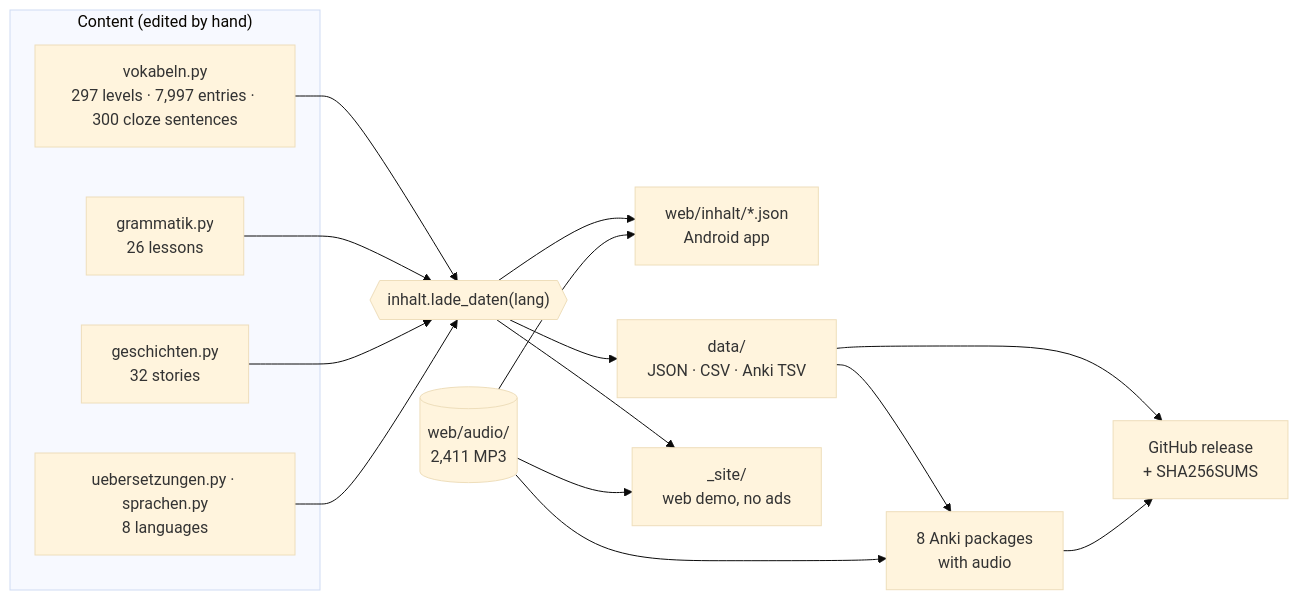
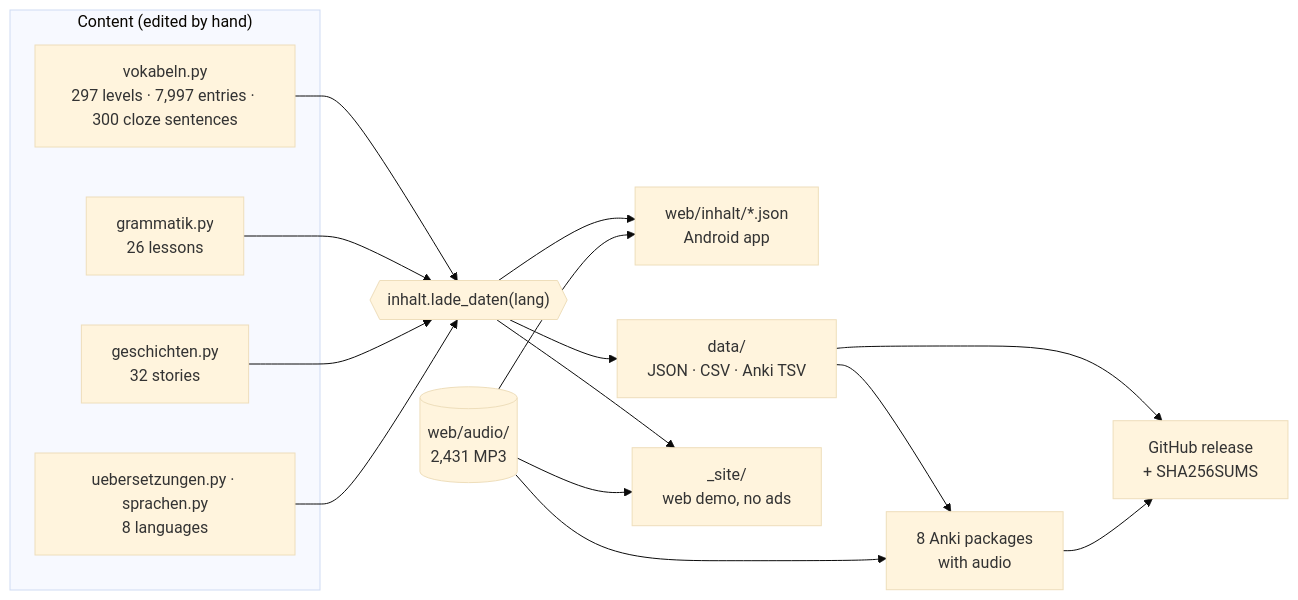
Before and after one commit to zmaj-lernapp/zmaj: the first of 2 diagrams in README.md, drawn with Mermaid (base theme). The commit also changed other lines of this file and 41 other files, not shown here.

````diff
--- a/README.md
+++ b/README.md
@@ -131,19 +131,19 @@
 ```mermaid
 flowchart LR
   subgraph src["Content (edited by hand)"]
     V["vokabeln.py<br/>297 levels · 7,997 entries · 300 cloze sentences"]
     G["grammatik.py<br/>26 lessons"]
     S["geschichten.py<br/>32 stories"]
     U["uebersetzungen.py · sprachen.py<br/>8 languages"]
   end
   L{{"inhalt.lade_daten(lang)"}}
   V & G & S & U --> L
-  A[("web/audio/<br/>2,411 MP3")]
+  A[("web/audio/<br/>2,431 MP3")]
   L --> APP["web/inhalt/*.json<br/>Android app"]
   L --> DS["data/<br/>JSON · CSV · Anki TSV"]
   L --> DEMO["_site/<br/>web demo, no ads"]
   DS --> ANKI["8 Anki packages<br/>with audio"]
   A --> APP & DEMO & ANKI
   DS --> REL["GitHub release<br/>+ SHA256SUMS"]
   ANKI --> REL
 ```
````
